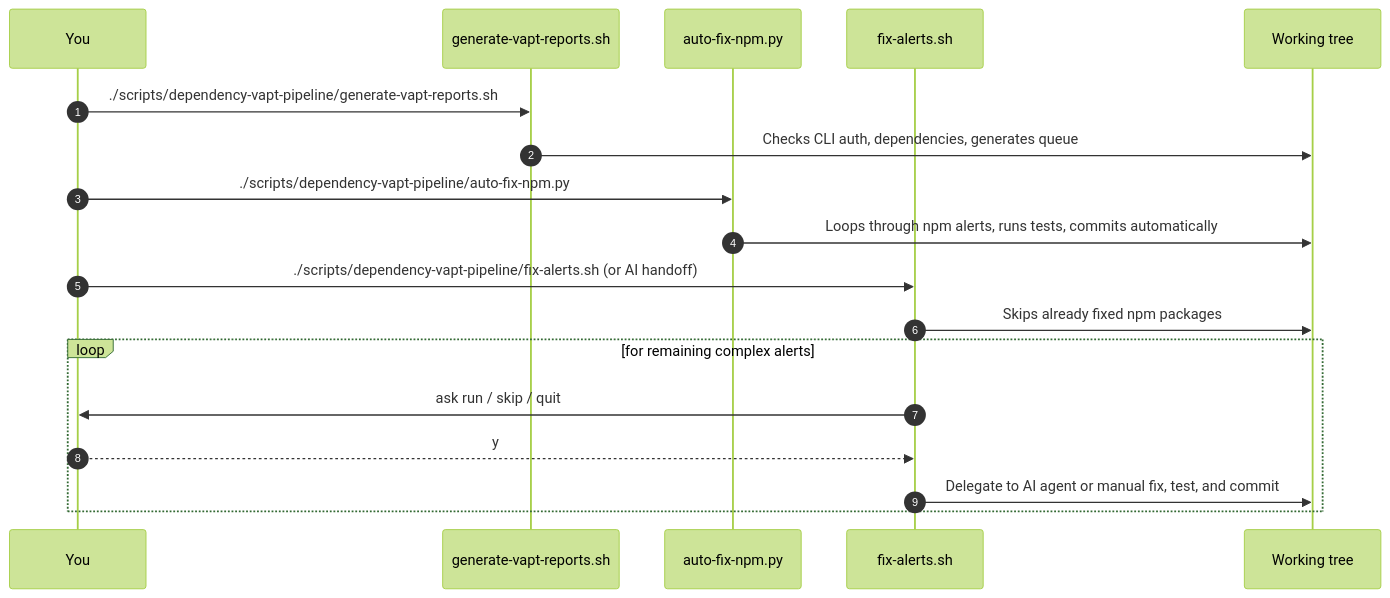
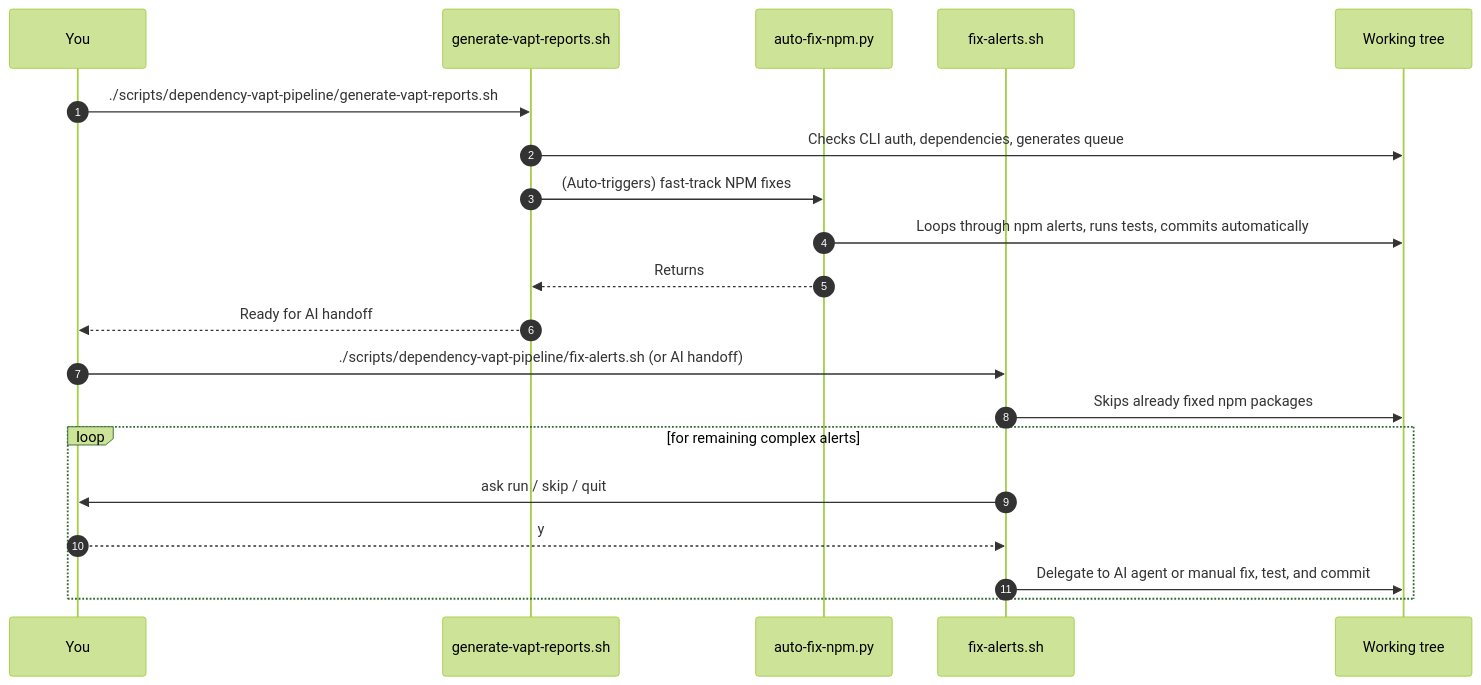
Before and after one commit to Mohitur669/speakit: the third of 4 diagrams in docs/dependabot-pipeline-architechture.md, drawn with Mermaid (forest theme). The commit also changed 2 other files, not shown here.

Commit message:
feat: embed autofix-npm inside generate-vapt-reports and sync docs

````diff
--- a/docs/dependabot-pipeline-architechture.md
+++ b/docs/dependabot-pipeline-architechture.md
@@ -136,23 +136,24 @@
 ```mermaid
 sequenceDiagram
     autonumber
     participant Dev as You
     participant Gen as generate-vapt-reports.sh
     participant Npm as auto-fix-npm.py
     participant Sh as fix-alerts.sh
     participant Repo as Working tree
 
     Dev->>Gen: ./scripts/dependency-vapt-pipeline/generate-vapt-reports.sh
     Gen->>Repo: Checks CLI auth, dependencies, generates queue
-    
-    Dev->>Npm: ./scripts/dependency-vapt-pipeline/auto-fix-npm.py
+    Gen->>Npm: (Auto-triggers) fast-track NPM fixes
     Npm->>Repo: Loops through npm alerts, runs tests, commits automatically
+    Npm-->>Gen: Returns
+    Gen-->>Dev: Ready for AI handoff
     
     Dev->>Sh: ./scripts/dependency-vapt-pipeline/fix-alerts.sh (or AI handoff)
     Sh->>Repo: Skips already fixed npm packages
     loop for remaining complex alerts
         Sh->>Dev: ask run / skip / quit
         Dev-->>Sh: y
         Sh->>Repo: Delegate to AI agent or manual fix, test, and commit
     end
 ```
````
